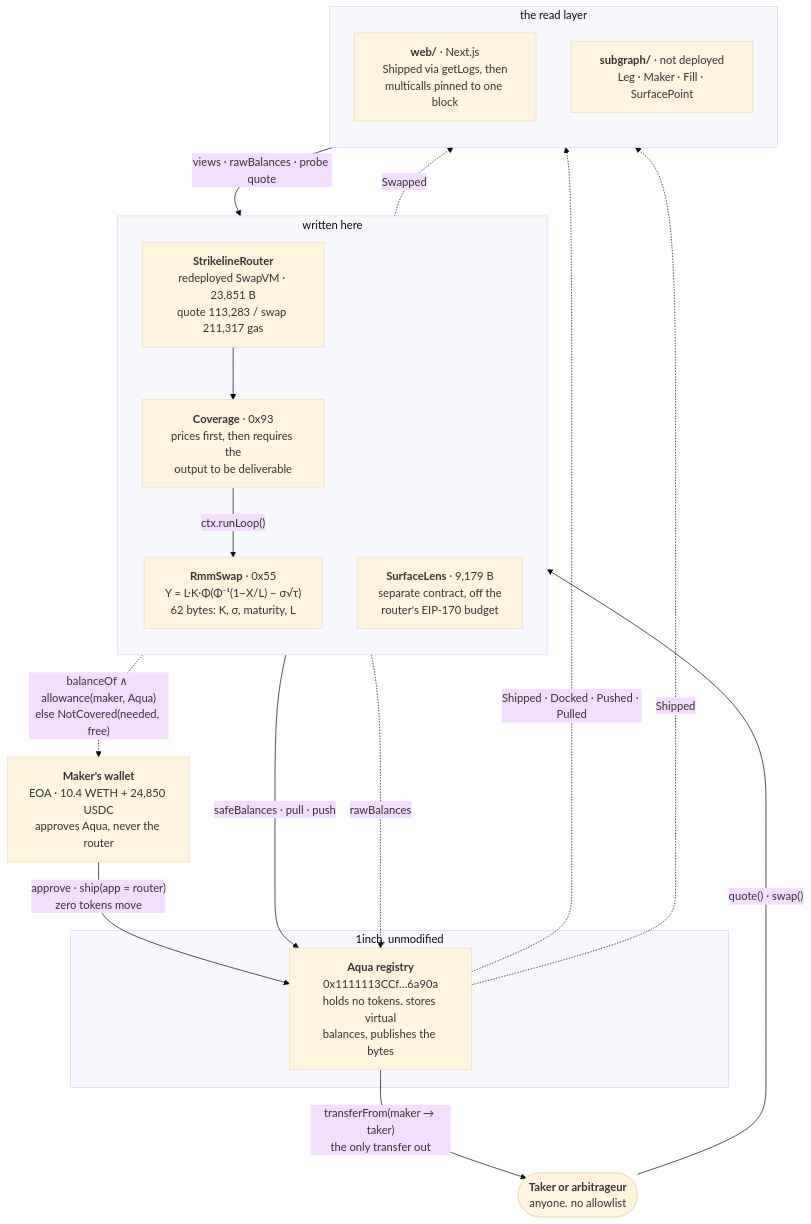
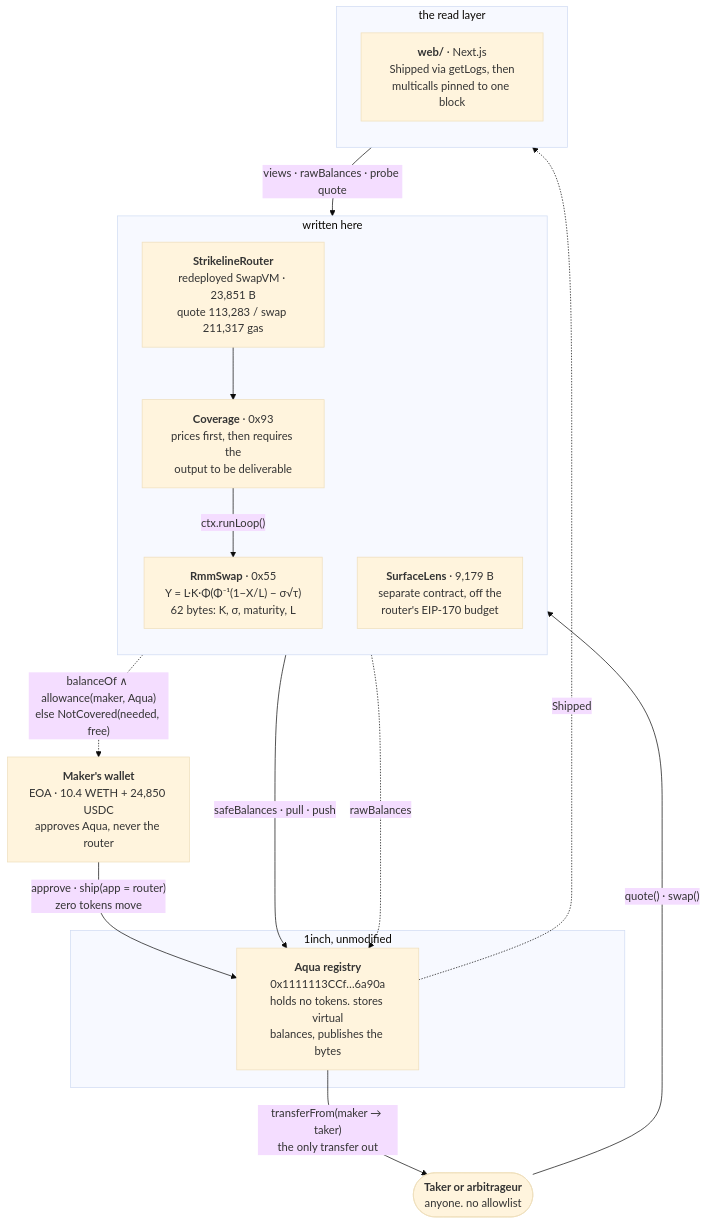
The diagram in docs/ARCHITECTURE.md (Kirillr-Sibirski/aqua-app), drawn with Mermaid (base theme) before and after one commit. The commit also changed other lines of this file and 5 other files, not shown here.

Commit message:
docs: drop the subgraph from the README, architecture, in-depth notes and diagram

````diff
--- a/docs/ARCHITECTURE.md
+++ b/docs/ARCHITECTURE.md
@@ -14,39 +14,36 @@
 ```mermaid
 %% Strikeline architecture. Source of truth: the fenced block in docs/ARCHITECTURE.md.
 %% Regenerate this file and architecture.svg with the two commands at the end of that document.
 flowchart TB
   wallet["<b>Maker's wallet</b><br/>EOA · 10.4 WETH + 24,850 USDC<br/>approves Aqua, never the router"]
   taker(["<b>Taker or arbitrageur</b><br/>anyone. no allowlist"])
 
   subgraph ours["written here"]
     direction TB
     router["<b>StrikelineRouter</b><br/>redeployed SwapVM · 23,851 B<br/>quote 113,283 / swap 211,317 gas"]
     cov["<b>Coverage</b> · 0x93<br/>prices first, then requires the<br/>output to be deliverable"]
     rmm["<b>RmmSwap</b> · 0x55<br/>Y = L·K·Φ(Φ⁻¹(1−X/L) − σ√τ)<br/>62 bytes: K, σ, maturity, L"]
     lens["<b>SurfaceLens</b> · 9,179 B<br/>separate contract, off the<br/>router's EIP-170 budget"]
     router --> cov
     cov -- "ctx.runLoop()" --> rmm
   end
 
   subgraph inch["1inch, unmodified"]
     aqua["<b>Aqua registry</b><br/>0x1111113CCf…6a90a<br/>holds no tokens. stores virtual<br/>balances, publishes the bytes"]
   end
 
   subgraph read["the read layer"]
     direction TB
     web["<b>web/</b> · Next.js<br/>Shipped via getLogs, then<br/>multicalls pinned to one block"]
-    graphnode["<b>subgraph/</b> · not deployed<br/>Leg · Maker · Fill · SurfacePoint"]
   end
 
   wallet -- "approve · ship(app = router)<br/>zero tokens move" --> aqua
   taker -- "quote() · swap()" --> router
   router -- "safeBalances · pull · push" --> aqua
   cov -. "balanceOf ∧ allowance(maker, Aqua)<br/>else NotCovered(needed, free)" .-> wallet
   aqua -- "transferFrom(maker → taker)<br/>the only transfer out" --> taker
 
-  aqua -. "Shipped · Docked · Pushed · Pulled" .-> graphnode
-  router -. "Swapped" .-> graphnode
   aqua -. "Shipped" .-> web
   web -- "views · rawBalances · probe quote" --> router
   lens -. "rawBalances" .-> aqua
 ```
````
